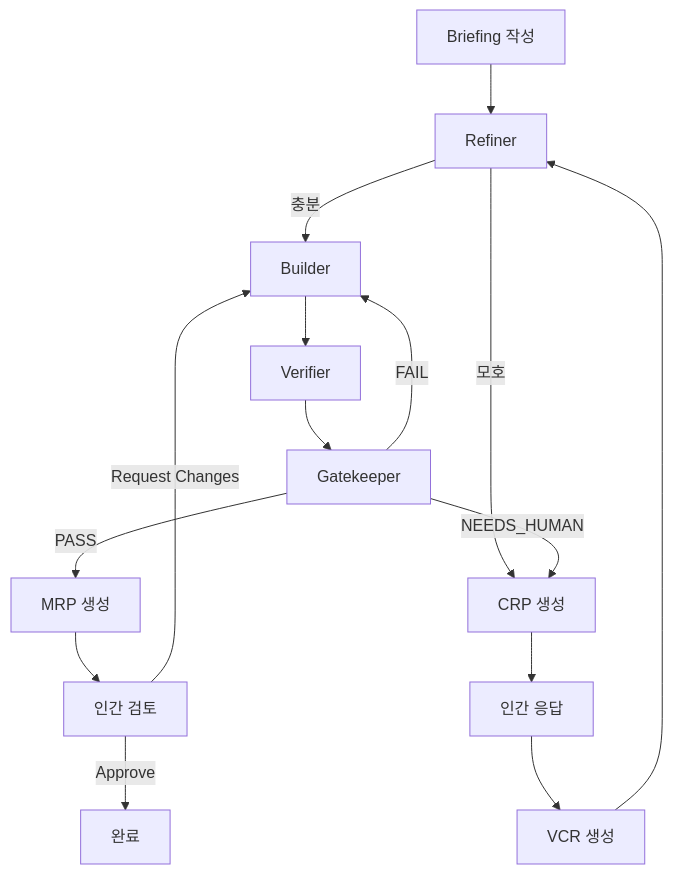
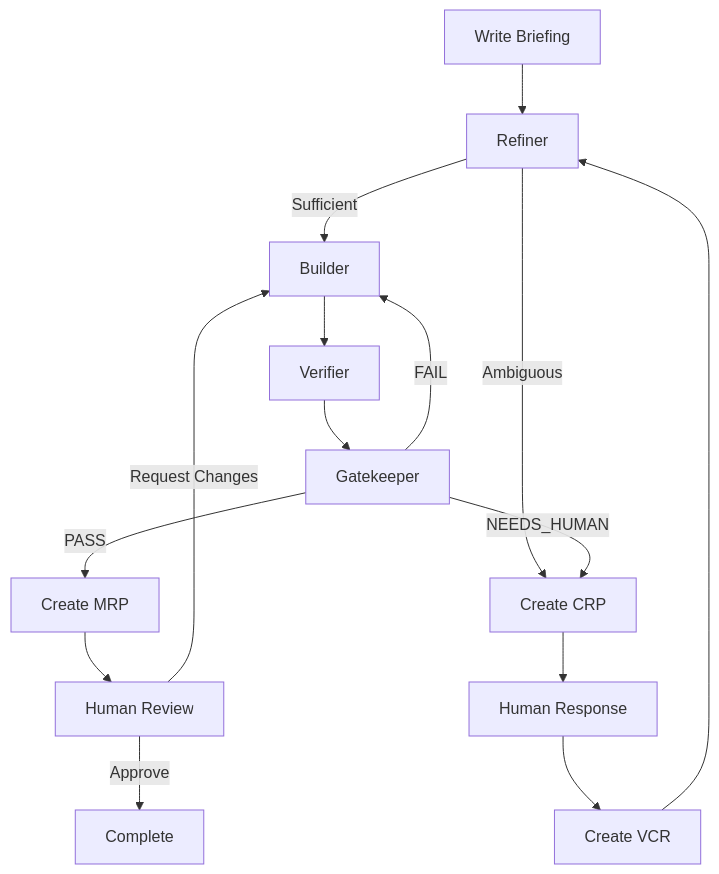
Before and after one commit to choo121600/dure: the third of 3 diagrams in docs/test-mermaid.md, drawn with Mermaid. The commit also changed other lines of this file and 38 other files, not shown here.

````diff
--- a/docs/test-mermaid.md
+++ b/docs/test-mermaid.md
@@ -30,17 +30,17 @@
 ```mermaid
 graph TD
-    A[Briefing 작성] --> B[Refiner]
-    B -->|충분| C[Builder]
-    B -->|모호| D[CRP 생성]
-    D --> E[인간 응답]
-    E --> F[VCR 생성]
+    A[Write Briefing] --> B[Refiner]
+    B -->|Sufficient| C[Builder]
+    B -->|Ambiguous| D[Create CRP]
+    D --> E[Human Response]
+    E --> F[Create VCR]
     F --> B
     C --> G[Verifier]
     G --> H[Gatekeeper]
-    H -->|PASS| I[MRP 생성]
+    H -->|PASS| I[Create MRP]
     H -->|FAIL| C
     H -->|NEEDS_HUMAN| D
-    I --> J[인간 검토]
-    J -->|Approve| K[완료]
+    I --> J[Human Review]
+    J -->|Approve| K[Complete]
     J -->|Request Changes| C
 ```
````
